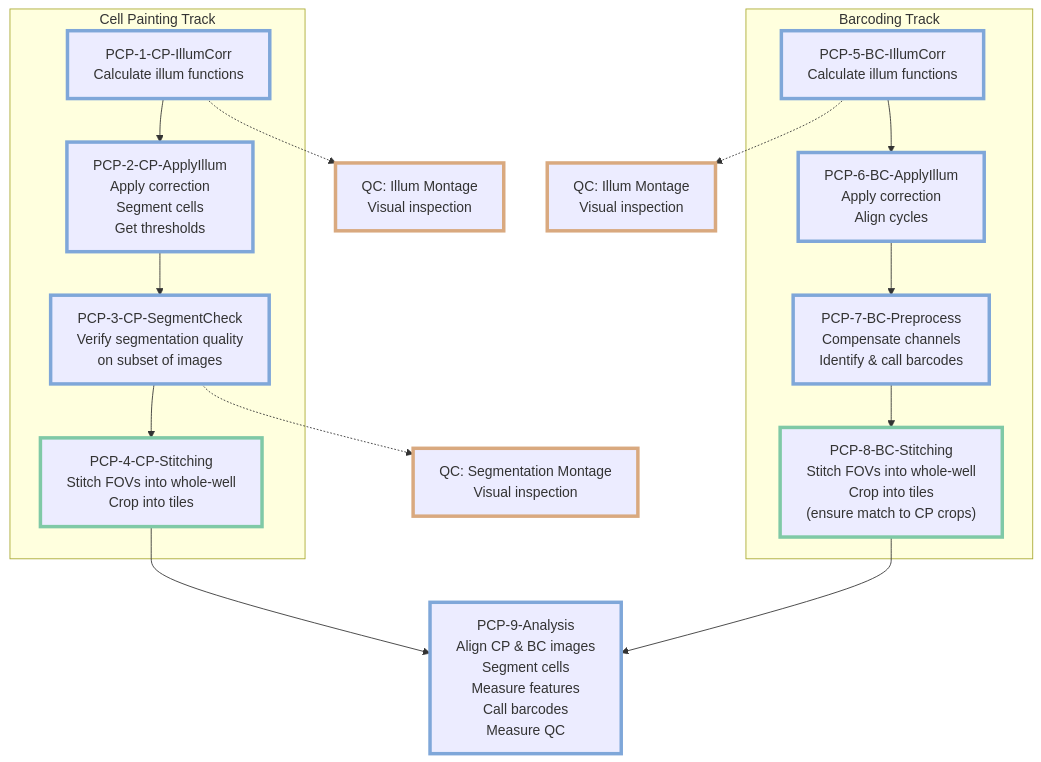
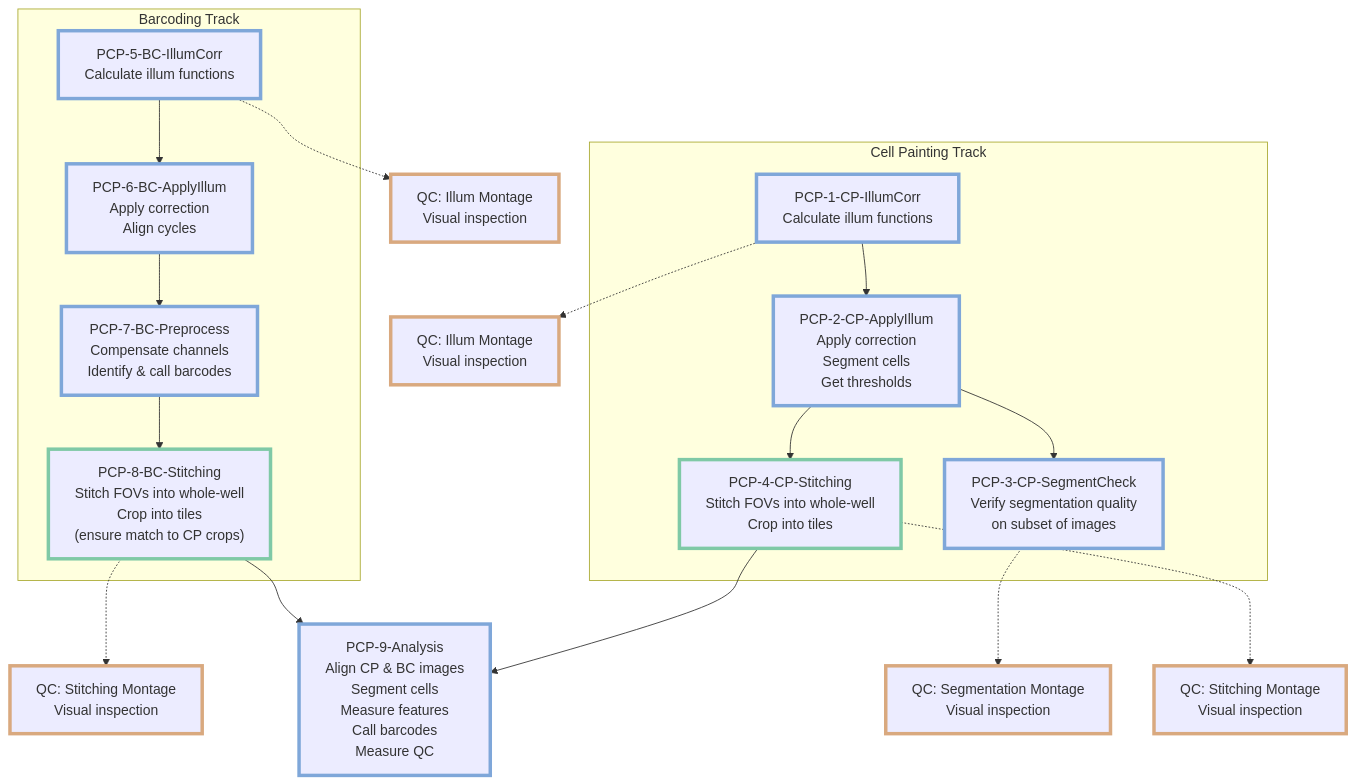
Before and after one commit to broadinstitute/nf-pooled-cellpainting-assets: the diagram in pcpip/README.md, drawn with Mermaid. The commit also changed other lines of this file and 4 other files, not shown here.

````diff
--- a/pcpip/README.md
+++ b/pcpip/README.md
@@ -98,58 +100,64 @@
 ```mermaid
 flowchart TD
     %% Main pipelines with detailed descriptions
     subgraph "Cell Painting Track"
         PCP1["PCP-1-CP-IllumCorr
         Calculate illum functions"] -->
         PCP2["PCP-2-CP-ApplyIllum
         Apply correction
         Segment cells
         Get thresholds"] -->
         PCP3["PCP-3-CP-SegmentCheck
         Verify segmentation quality
         on subset of images"]
-        PCP3 --> PCP4["PCP-4-CP-Stitching
+        PCP2 --> PCP4["PCP-4-CP-Stitching
         Stitch FOVs into whole-well
         Crop into tiles"]
     end
 
     subgraph "Barcoding Track"
         PCP5["PCP-5-BC-IllumCorr
         Calculate illum functions"] -->
         PCP6["PCP-6-BC-ApplyIllum
         Apply correction
         Align cycles"] -->
         PCP7["PCP-7-BC-Preprocess
         Compensate channels
         Identify & call barcodes"] -->
         PCP8["PCP-8-BC-Stitching
         Stitch FOVs into whole-well
         Crop into tiles
         (ensure match to CP crops)"]
     end
 
     PCP4 & PCP8 --> PCP9["PCP-9-Analysis
         Align CP & BC images
         Segment cells
         Measure features
         Call barcodes
         Measure QC"]
 
     PCP1 -.-> QC1["QC: Illum Montage
     Visual inspection"]
 
     PCP3 -.-> QC3["QC: Segmentation Montage
     Visual inspection"]
 
+    PCP4 -.-> QC4["QC: Stitching Montage
+    Visual inspection"]
+
     PCP5 -.-> QC5["QC: Illum Montage
+    Visual inspection"]
+
+    PCP8 -.-> QC8["QC: Stitching Montage
     Visual inspection"]
 
     %% Processing platforms
     classDef cellprofiler stroke:#7fa7d9,stroke-width:4px;
     classDef fiji stroke:#7fc9a6,stroke-width:4px;
     classDef qc stroke:#d9a97f,stroke-width:4px;
 
     class PCP1,PCP2,PCP3,PCP5,PCP6,PCP7,PCP7A,PCP8Y,PCP9,PCP6A cellprofiler
     class PCP4,PCP8,PCP8Z fiji
-    class QC1,QC3,QC5 qc
+    class QC1,QC3,QC4,QC5,QC8 qc
 ```
````
